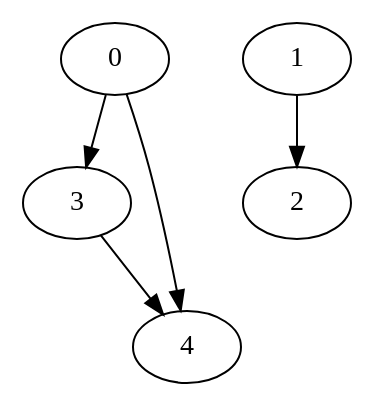
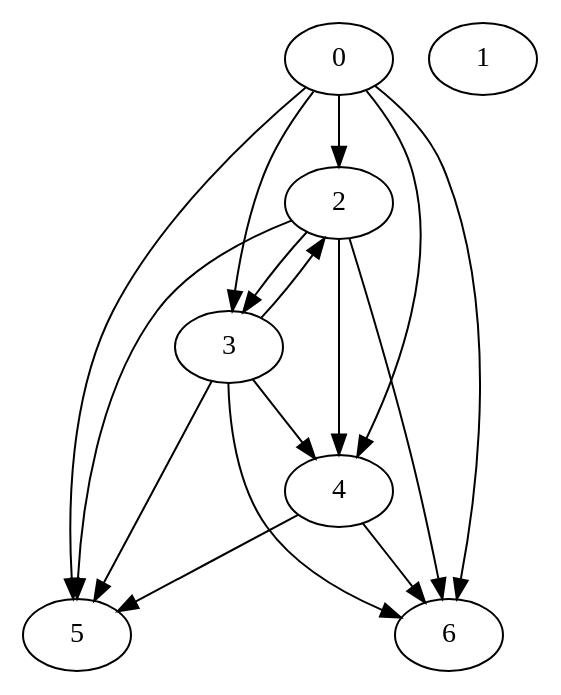
The diagram in routing_graph.dot (XushengLuo92/Hierarchical-LTL), drawn with Graphviz before and after one commit. The commit also changed 4 other files, not shown here.

```diff
--- a/routing_graph.dot
+++ b/routing_graph.dot
@@ -1,12 +1,25 @@
 strict digraph "" {
 	graph [type=routing_graph];
 	0	[location_type_component_task_element="['r1', 1, 1, -1]"];
-	3	[location_type_component_task_element="['p2', 1, 1, 'p100', 1]"];
+	2	[location_type_component_task_element="['p4', 1, 1, 'p100', 1]"];
+	0 -> 2	[weight=10];
+	3	[location_type_component_task_element="['p2', 1, 1, 'p100', 2]"];
 	0 -> 3	[weight=10];
-	4	[location_type_component_task_element="['p4', 1, 1, 'p100', 2]"];
+	4	[location_type_component_task_element="['p3', 1, 1, 'p200', 1]"];
 	0 -> 4	[weight=10];
+	5	[location_type_component_task_element="['p5', 1, 1, 'p200', 2]"];
+	0 -> 5	[weight=10];
+	6	[location_type_component_task_element="['p1', 1, 1, 'p200', 2]"];
+	0 -> 6	[weight=10];
 	1	[location_type_component_task_element="['r2', 2, 1, -1]"];
-	2	[location_type_component_task_element="['p1', 2, 1, 'p0', 2]"];
-	1 -> 2	[weight=10];
-	3 -> 4	[weight=1];
+	2 -> 3	[weight=1];
+	2 -> 4	[weight=10];
+	2 -> 5	[weight=10];
+	2 -> 6	[weight=10];
+	3 -> 2	[weight=1];
+	3 -> 4	[weight=10];
+	3 -> 5	[weight=10];
+	3 -> 6	[weight=10];
+	4 -> 5	[weight=1];
+	4 -> 6	[weight=1];
 }
```
